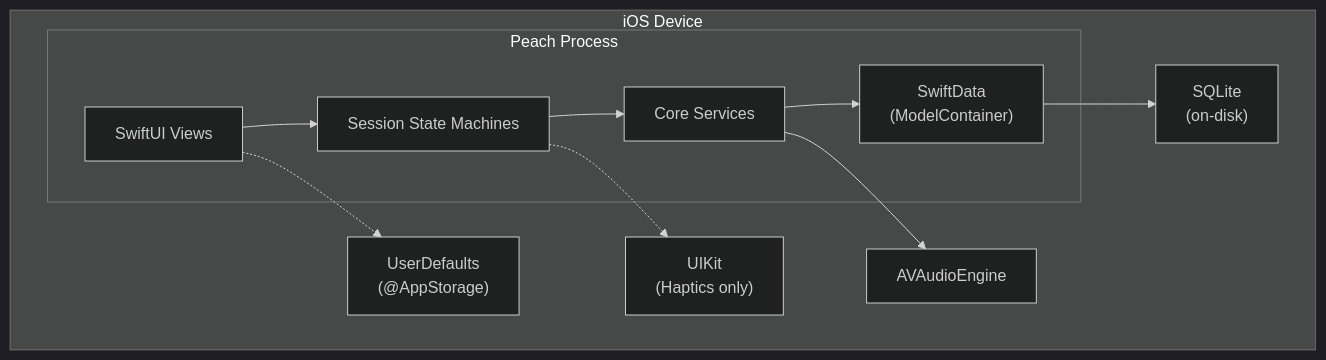
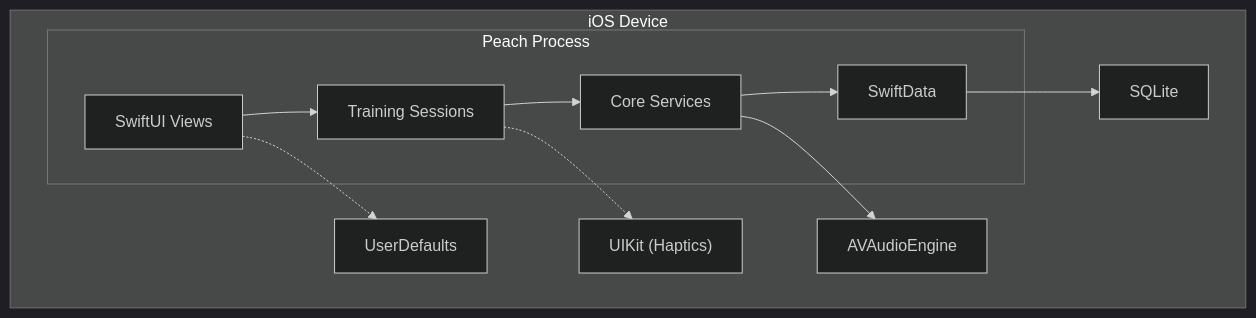
The second of 7 diagrams in docs/arc42.md (mschuerig/peach-ios), drawn with Mermaid (dark theme) before and after one commit. The commit also changed other lines of this file, not shown here.

First line of the commit message:
Elevate arc42 docs from implementation summary to architectural intent

````diff
--- a/docs/arc42.md
+++ b/docs/arc42.md
@@ -97,23 +97,23 @@
 ```mermaid
 graph TB
     subgraph "iOS Device"
         subgraph "Peach Process"
             SwiftUI["SwiftUI Views"]
-            Sessions["Session State Machines"]
+            Sessions["Training Sessions"]
             Core["Core Services"]
-            SwiftData["SwiftData<br/>(ModelContainer)"]
+            SwiftData["SwiftData"]
         end
         AVAudio["AVAudioEngine"]
-        UIKit["UIKit<br/>(Haptics only)"]
-        UserDefaults["UserDefaults<br/>(@AppStorage)"]
-        SQLite["SQLite<br/>(on-disk)"]
+        UIKit["UIKit (Haptics)"]
+        UserDefaults["UserDefaults"]
+        SQLite["SQLite"]
     end
 
     SwiftUI --> Sessions
     Sessions --> Core
     Core --> SwiftData
     Core --> AVAudio
     Sessions -.-> UIKit
     SwiftUI -.-> UserDefaults
     SwiftData --> SQLite
 ```
````
